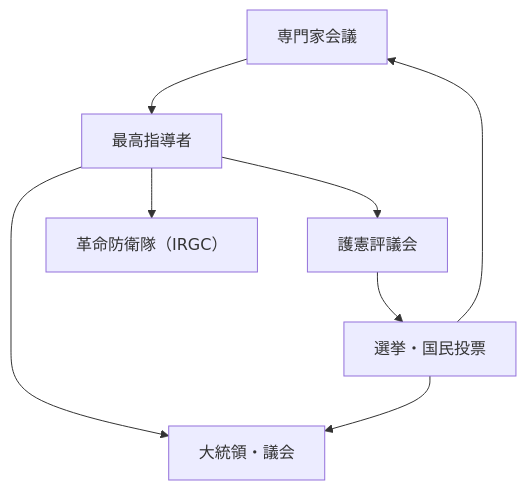
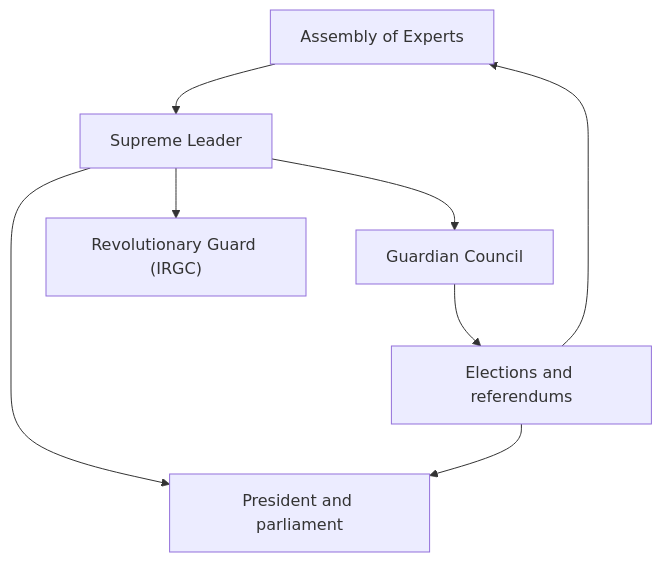
The second of 2 diagrams in content/blog/en/post-revolution-iran-power-structure.mdx (daylight55/research), drawn with Mermaid before and after one commit. The commit also changed other lines of this file and 26 other files, not shown here.

Commit message:
Translate English Mermaid labels

````diff
--- a/content/blog/en/post-revolution-iran-power-structure.mdx
+++ b/content/blog/en/post-revolution-iran-power-structure.mdx
@@ -54,17 +54,17 @@
 ```mermaid
 flowchart TB
-    ExpertAssembly["専門家会議"]
-    SupremeLeader["最高指導者"]
-    GuardianCouncil["護憲評議会"]
-    Elected["大統領・議会"]
-    IRGC["革命防衛隊（IRGC）"]
-    Elections["選挙・国民投票"]
+    ExpertAssembly["Assembly of Experts"]
+    SupremeLeader["Supreme Leader"]
+    GuardianCouncil["Guardian Council"]
+    Elected["President and parliament"]
+    IRGC["Revolutionary Guard (IRGC)"]
+    Elections["Elections and referendums"]
 
     ExpertAssembly --> SupremeLeader
     SupremeLeader --> GuardianCouncil
     SupremeLeader --> IRGC
     SupremeLeader --> Elected
     GuardianCouncil --> Elections
     Elections --> Elected
     Elections --> ExpertAssembly
 ```
````
